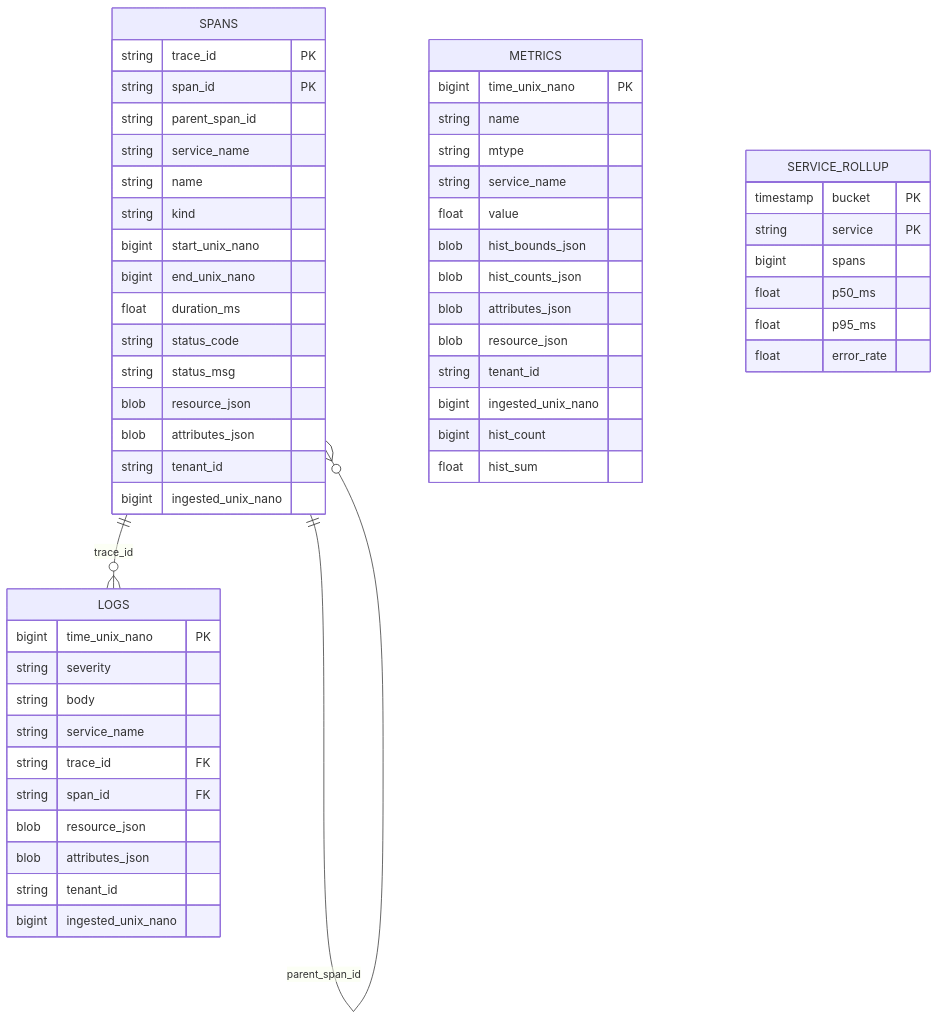
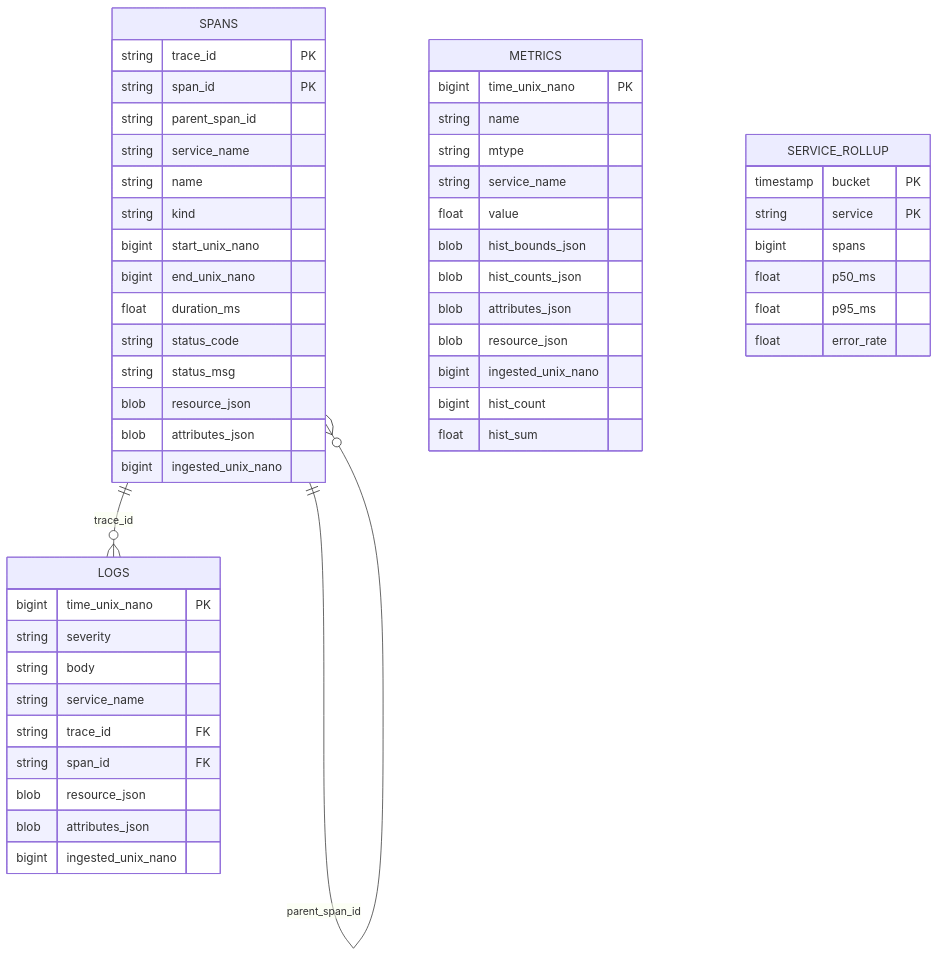
Before and after one commit to labstack/fanout: the ninth of 10 diagrams in ARCHITECTURE.md, drawn with Mermaid. The commit also changed other lines of this file and 2 other files, not shown here.

First line of the commit message:
docs: sweep tenant references from top-level docs

````diff
--- a/ARCHITECTURE.md
+++ b/ARCHITECTURE.md
@@ -439,61 +437,58 @@
 ```mermaid
 erDiagram
     SPANS {
         string trace_id PK
         string span_id PK
         string parent_span_id
         string service_name
         string name
         string kind
         bigint start_unix_nano
         bigint end_unix_nano
         float duration_ms
         string status_code
         string status_msg
         blob resource_json
         blob attributes_json
-        string tenant_id
         bigint ingested_unix_nano
     }
 
     LOGS {
         bigint time_unix_nano PK
         string severity
         string body
         string service_name
         string trace_id FK
         string span_id FK
         blob resource_json
         blob attributes_json
-        string tenant_id
         bigint ingested_unix_nano
     }
 
     METRICS {
         bigint time_unix_nano PK
         string name
         string mtype
         string service_name
         float value
         blob hist_bounds_json
         blob hist_counts_json
         blob attributes_json
         blob resource_json
-        string tenant_id
         bigint ingested_unix_nano
         bigint hist_count
         float hist_sum
     }
 
     SERVICE_ROLLUP {
         timestamp bucket PK
         string service PK
         bigint spans
         float p50_ms
         float p95_ms
         float error_rate
     }
 
     SPANS ||--o{ LOGS : "trace_id"
     SPANS ||--o{ SPANS : "parent_span_id"
 ```
````
